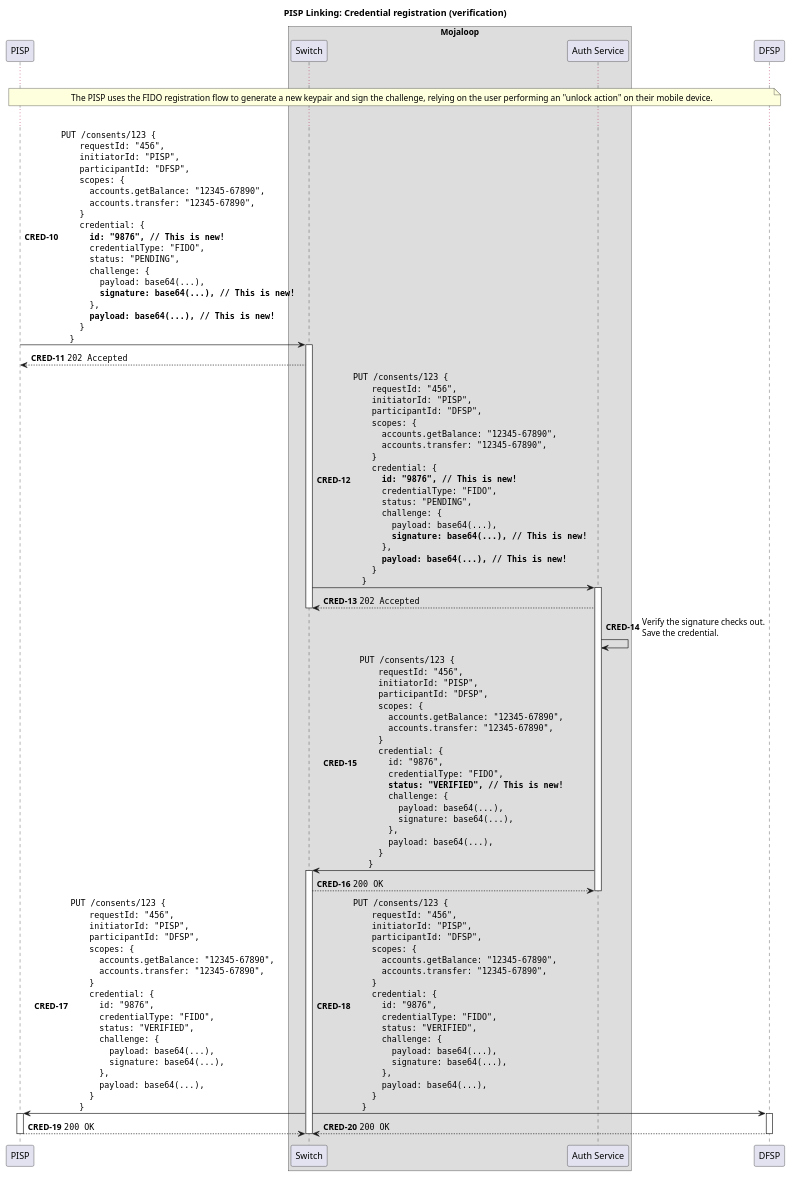
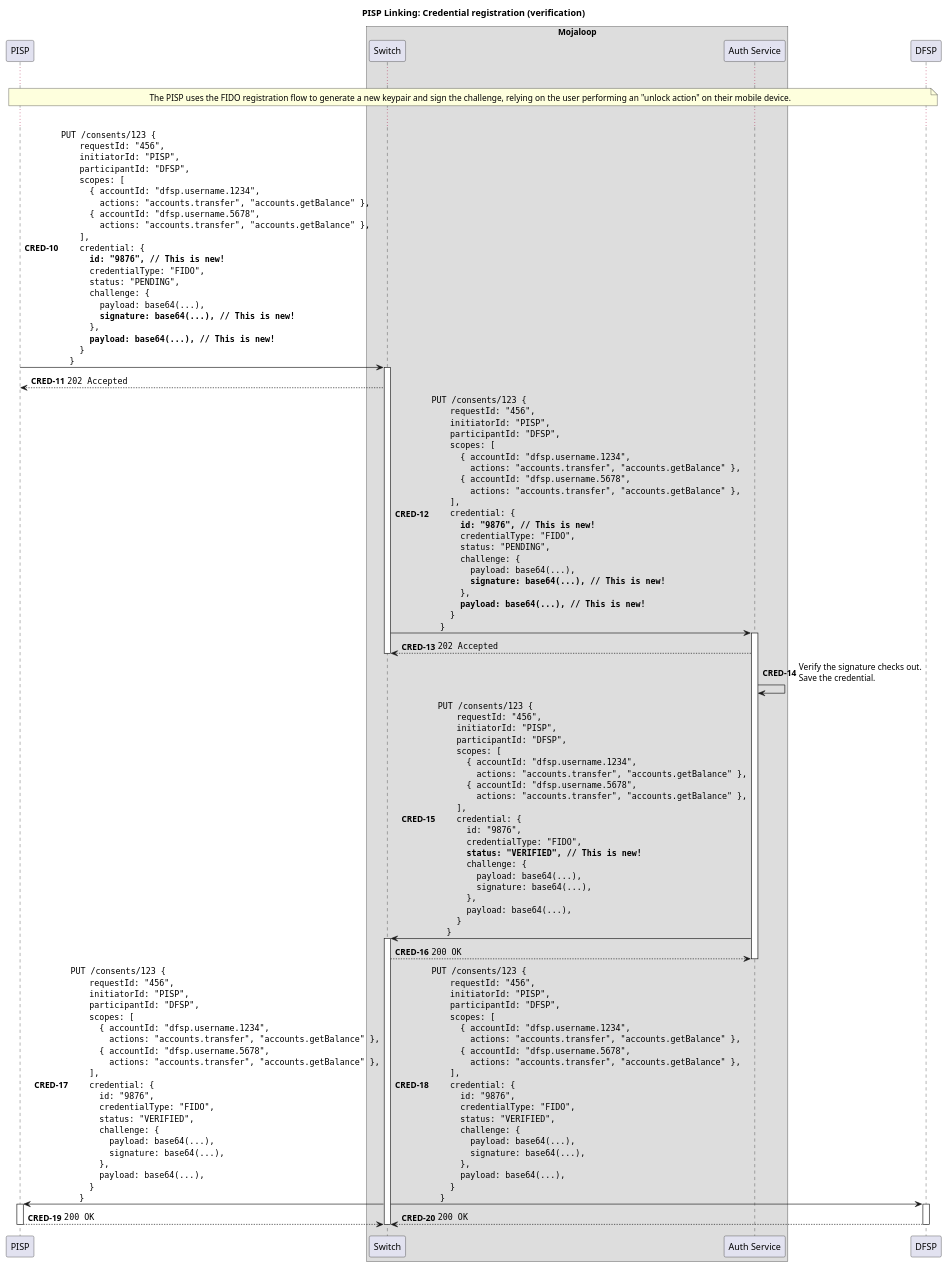
The diagram in docs/linking/5b-credential-registration.puml (mojaloop/pisp-project), drawn with PlantUML before and after one commit. The commit also changed 6 other files, not shown here.

Commit message:
Updated sequence diagrams with proper scope structures.

```diff
--- a/docs/linking/5b-credential-registration.puml
+++ b/docs/linking/5b-credential-registration.puml
@@ -1,135 +1,145 @@
 @startuml
 
 !pragma teoz true
 
 title PISP Linking: Credential registration (verification)
 
 participant "PISP" as PISP
 
 box "Mojaloop"
     participant Switch
     participant "Auth Service" as Auth
 end box
 
 participant "DFSP" as DFSP
 
 autonumber 10 "<b>CRED-#</b>"
 
 ...
 
 note over PISP, DFSP
     The PISP uses the FIDO registration flow to generate a new keypair and sign the challenge, relying on the user performing an "unlock action" on their mobile device.
 end note
 
 ...
 
 PISP -> Switch ++: ""PUT /consents/123 {""\n\
     ""  requestId: "456",""\n\
     ""  initiatorId: "PISP",""\n\
     ""  participantId: "DFSP",""\n\
-    ""  scopes: {""\n\
-    ""    accounts.getBalance: "12345-67890",""\n\
-    ""    accounts.transfer: "12345-67890",""\n\
-    ""  }""\n\
+    ""  scopes: [ ""\n\
+    ""    { accountId: "dfsp.username.1234",""\n\
+    ""      actions: "accounts.transfer", "accounts.getBalance" },""\n\
+    ""    { accountId: "dfsp.username.5678",""\n\
+    ""      actions: "accounts.transfer", "accounts.getBalance" },""\n\
+    ""  ],""\n\
     ""  credential: {""\n\
     ""    **id: "9876", // This is new!**""\n\
     ""    credentialType: "FIDO",""\n\
     ""    status: "PENDING",""\n\
     ""    challenge: {""\n\
     ""      payload: base64(...),""\n\
     ""      **signature: base64(...), // This is new!**""\n\
     ""    },""\n\
     ""    **payload: base64(...), // This is new!**""\n\
     ""  }""\n\
     ""}""
 Switch --> PISP: ""202 Accepted""
 deactivate PISP
 
 Switch -> Auth ++: ""PUT /consents/123 {""\n\
     ""  requestId: "456",""\n\
     ""  initiatorId: "PISP",""\n\
     ""  participantId: "DFSP",""\n\
-    ""  scopes: {""\n\
-    ""    accounts.getBalance: "12345-67890",""\n\
-    ""    accounts.transfer: "12345-67890",""\n\
-    ""  }""\n\
+    ""  scopes: [ ""\n\
+    ""    { accountId: "dfsp.username.1234",""\n\
+    ""      actions: "accounts.transfer", "accounts.getBalance" },""\n\
+    ""    { accountId: "dfsp.username.5678",""\n\
+    ""      actions: "accounts.transfer", "accounts.getBalance" },""\n\
+    ""  ],""\n\
     ""  credential: {""\n\
     ""    **id: "9876", // This is new!**""\n\
     ""    credentialType: "FIDO",""\n\
     ""    status: "PENDING",""\n\
     ""    challenge: {""\n\
     ""      payload: base64(...),""\n\
     ""      **signature: base64(...), // This is new!**""\n\
     ""    },""\n\
     ""    **payload: base64(...), // This is new!**""\n\
     ""  }""\n\
     ""}""
 Auth --> Switch: ""202 Accepted""
 deactivate Switch
 
 Auth -> Auth: Verify the signature checks out.\nSave the credential.
 Auth -> Switch ++: ""PUT /consents/123 {""\n\
     ""  requestId: "456",""\n\
     ""  initiatorId: "PISP",""\n\
     ""  participantId: "DFSP",""\n\
-    ""  scopes: {""\n\
-    ""    accounts.getBalance: "12345-67890",""\n\
-    ""    accounts.transfer: "12345-67890",""\n\
-    ""  }""\n\
+    ""  scopes: [ ""\n\
+    ""    { accountId: "dfsp.username.1234",""\n\
+    ""      actions: "accounts.transfer", "accounts.getBalance" },""\n\
+    ""    { accountId: "dfsp.username.5678",""\n\
+    ""      actions: "accounts.transfer", "accounts.getBalance" },""\n\
+    ""  ],""\n\
     ""  credential: {""\n\
     ""    id: "9876",""\n\
     ""    credentialType: "FIDO",""\n\
     ""    **status: "VERIFIED", // This is new!**""\n\
     ""    challenge: {""\n\
     ""      payload: base64(...),""\n\
     ""      signature: base64(...),""\n\
     ""    },""\n\
     ""    payload: base64(...),""\n\
     ""  }""\n\
     ""}""
 Switch --> Auth: ""200 OK""
 deactivate Auth
 
 Switch -> PISP ++: ""PUT /consents/123 {""\n\
     ""  requestId: "456",""\n\
     ""  initiatorId: "PISP",""\n\
     ""  participantId: "DFSP",""\n\
-    ""  scopes: {""\n\
-    ""    accounts.getBalance: "12345-67890",""\n\
-    ""    accounts.transfer: "12345-67890",""\n\
-    ""  }""\n\
+    ""  scopes: [ ""\n\
+    ""    { accountId: "dfsp.username.1234",""\n\
+    ""      actions: "accounts.transfer", "accounts.getBalance" },""\n\
+    ""    { accountId: "dfsp.username.5678",""\n\
+    ""      actions: "accounts.transfer", "accounts.getBalance" },""\n\
+    ""  ],""\n\
     ""  credential: {""\n\
     ""    id: "9876",""\n\
     ""    credentialType: "FIDO",""\n\
     ""    status: "VERIFIED",""\n\
     ""    challenge: {""\n\
     ""      payload: base64(...),""\n\
     ""      signature: base64(...),""\n\
     ""    },""\n\
     ""    payload: base64(...),""\n\
     ""  }""\n\
     ""}""
 & Switch -> DFSP ++: ""PUT /consents/123 {""\n\
     ""  requestId: "456",""\n\
     ""  initiatorId: "PISP",""\n\
     ""  participantId: "DFSP",""\n\
-    ""  scopes: {""\n\
-    ""    accounts.getBalance: "12345-67890",""\n\
-    ""    accounts.transfer: "12345-67890",""\n\
-    ""  }""\n\
+    ""  scopes: [ ""\n\
+    ""    { accountId: "dfsp.username.1234",""\n\
+    ""      actions: "accounts.transfer", "accounts.getBalance" },""\n\
+    ""    { accountId: "dfsp.username.5678",""\n\
+    ""      actions: "accounts.transfer", "accounts.getBalance" },""\n\
+    ""  ],""\n\
     ""  credential: {""\n\
     ""    id: "9876",""\n\
     ""    credentialType: "FIDO",""\n\
     ""    status: "VERIFIED",""\n\
     ""    challenge: {""\n\
     ""      payload: base64(...),""\n\
     ""      signature: base64(...),""\n\
     ""    },""\n\
     ""    payload: base64(...),""\n\
     ""  }""\n\
     ""}""
 PISP --> Switch --: ""200 OK""
 & DFSP --> Switch --: ""200 OK""
 deactivate Switch
 
 @enduml
```
